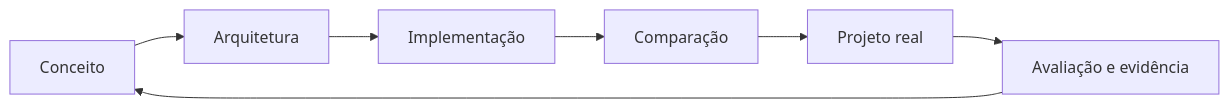
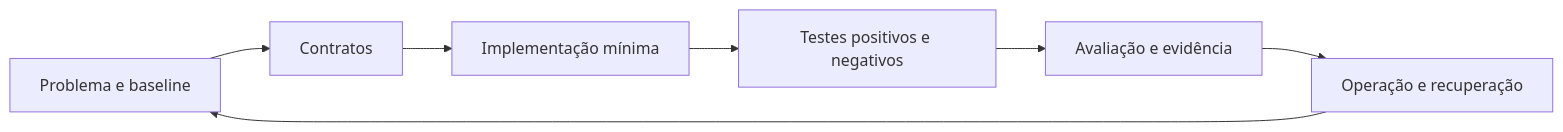
One commit to matheusflorindo32/nexus-agent-engineering-academy changed the diagram in README.md. Above: the diagram before and after it, drawn with Mermaid. The commit also changed other lines of this file, not shown here.

````diff
--- a/README.md
+++ b/README.md
@@ -48,9 +80,9 @@
 ```mermaid
 flowchart LR
-    C[Conceito] --> A[Arquitetura]
-    A --> I[Implementação]
-    I --> X[Comparação]
-    X --> P[Projeto real]
-    P --> E[Avaliação e evidência]
-    E --> C
+    P[Problema e baseline] --> C[Contratos]
+    C --> I[Implementação mínima]
+    I --> T[Testes positivos e negativos]
+    T --> A[Avaliação e evidência]
+    A --> O[Operação e recuperação]
+    O --> P
 ```
````
